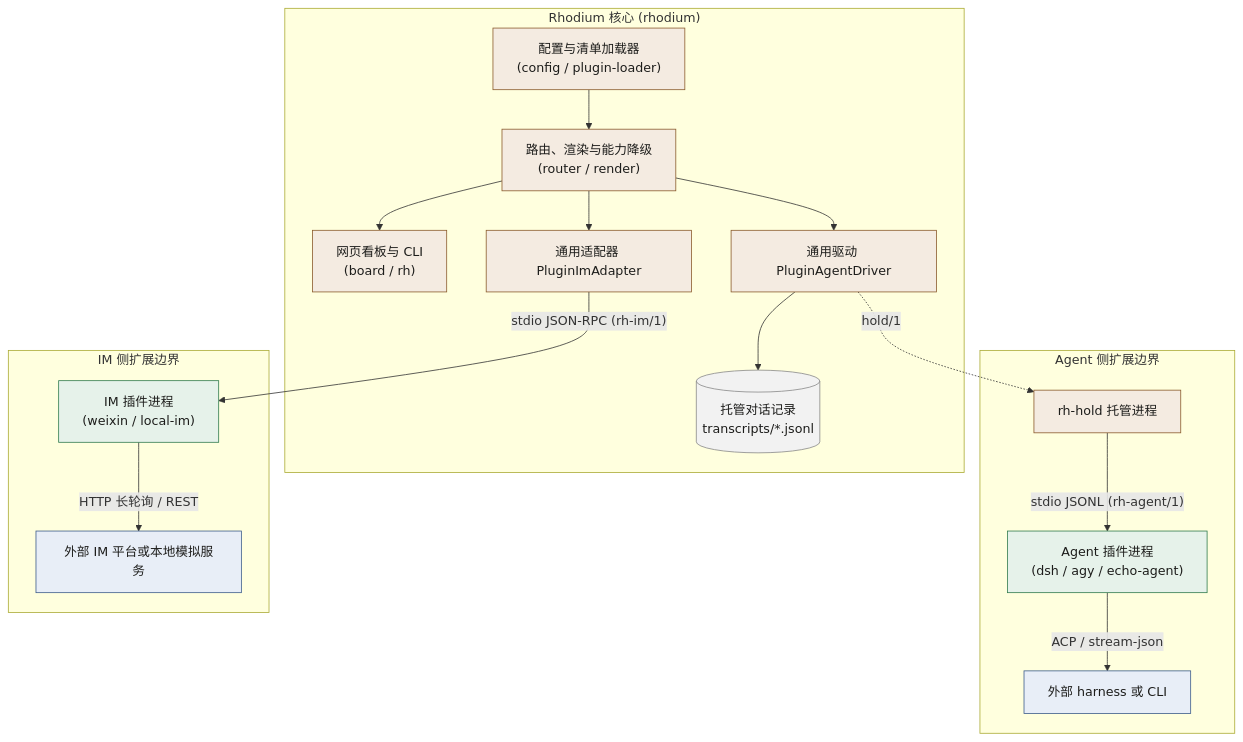
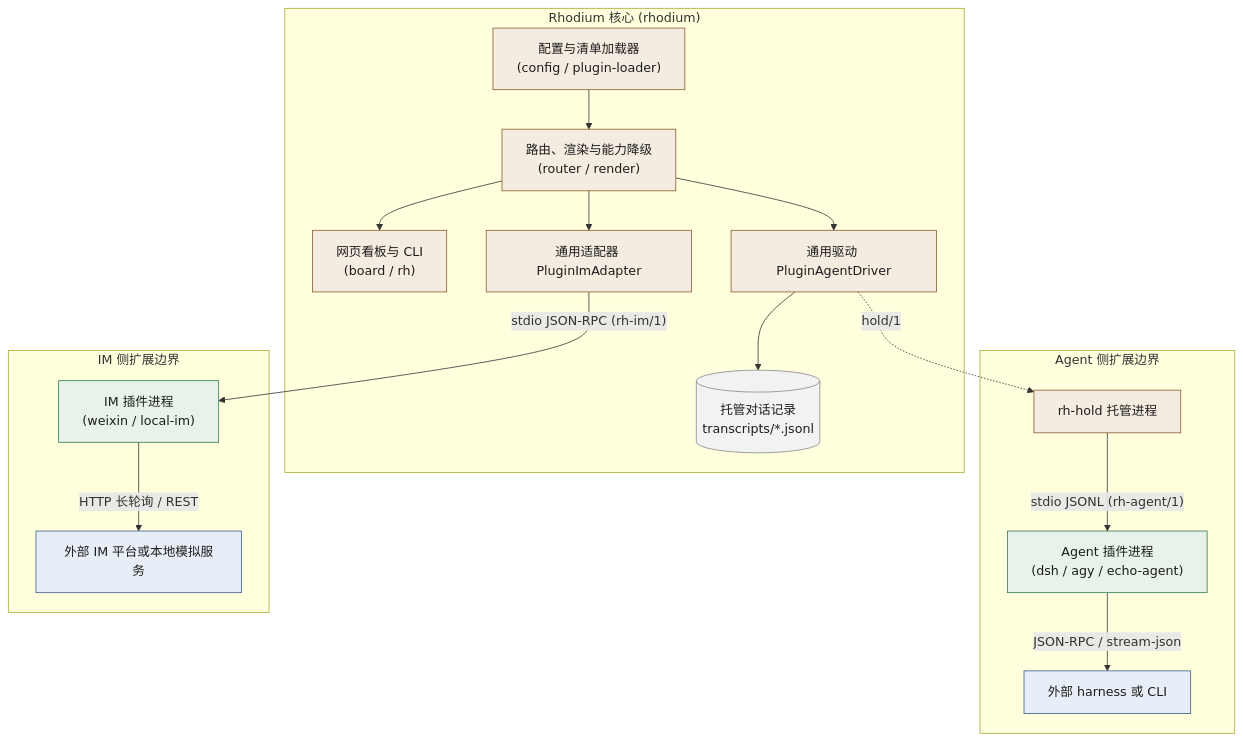
One commit to Rhapsody0x1/Rhodium-OSS changed the first of 3 diagrams in docs/spec/plugins.md. Above: the diagram before and after it, drawn with Mermaid. The commit also changed other lines of this file, not shown here.

First line of the commit message:
docs: host the DeepSeek Harness plugin through dsh sdk JSON-RPC

````diff
--- a/docs/spec/plugins.md
+++ b/docs/spec/plugins.md
@@ -40,37 +40,37 @@
 ```mermaid
 flowchart TD
   classDef rh fill:#f4ebe1,stroke:#8a5a2b,color:#1d1d1b
   classDef agent fill:#e6f2ea,stroke:#2f7a4d,color:#1d1d1b
   classDef ext fill:#e8eef7,stroke:#3b5b8a,color:#1d1d1b
   classDef store fill:#f2f2f2,stroke:#888888,color:#1d1d1b
 
   subgraph Core["Rhodium 核心 (rhodium)"]
     CFG["配置与清单加载器<br/>(config / plugin-loader)"]:::rh
     RT["路由、渲染与能力降级<br/>(router / render)"]:::rh
     WEB["网页看板与 CLI<br/>(board / rh)"]:::rh
     PAD["通用驱动 PluginAgentDriver"]:::rh
     PIM["通用适配器 PluginImAdapter"]:::rh
     TR[("托管对话记录<br/>transcripts/*.jsonl")]:::store
     CFG --> RT
     RT --> WEB
     RT --> PAD
     RT --> PIM
     PAD --> TR
   end
 
   subgraph PluginAgent["Agent 侧扩展边界"]
     H["rh-hold 托管进程"]:::rh
     PA["Agent 插件进程<br/>(dsh / agy / echo-agent)"]:::agent
     CLI["外部 harness 或 CLI"]:::ext
     PAD -. "hold/1" .-> H
     H -- "stdio JSONL (rh-agent/1)" --> PA
-    PA -- "ACP / stream-json" --> CLI
+    PA -- "JSON-RPC / stream-json" --> CLI
   end
 
   subgraph PluginIM["IM 侧扩展边界"]
     PI["IM 插件进程<br/>(weixin / local-im)"]:::agent
     PLAT["外部 IM 平台或本地模拟服务"]:::ext
     PIM -- "stdio JSON-RPC (rh-im/1)" --> PI
     PI -- "HTTP 长轮询 / REST" --> PLAT
   end
 ```
````
